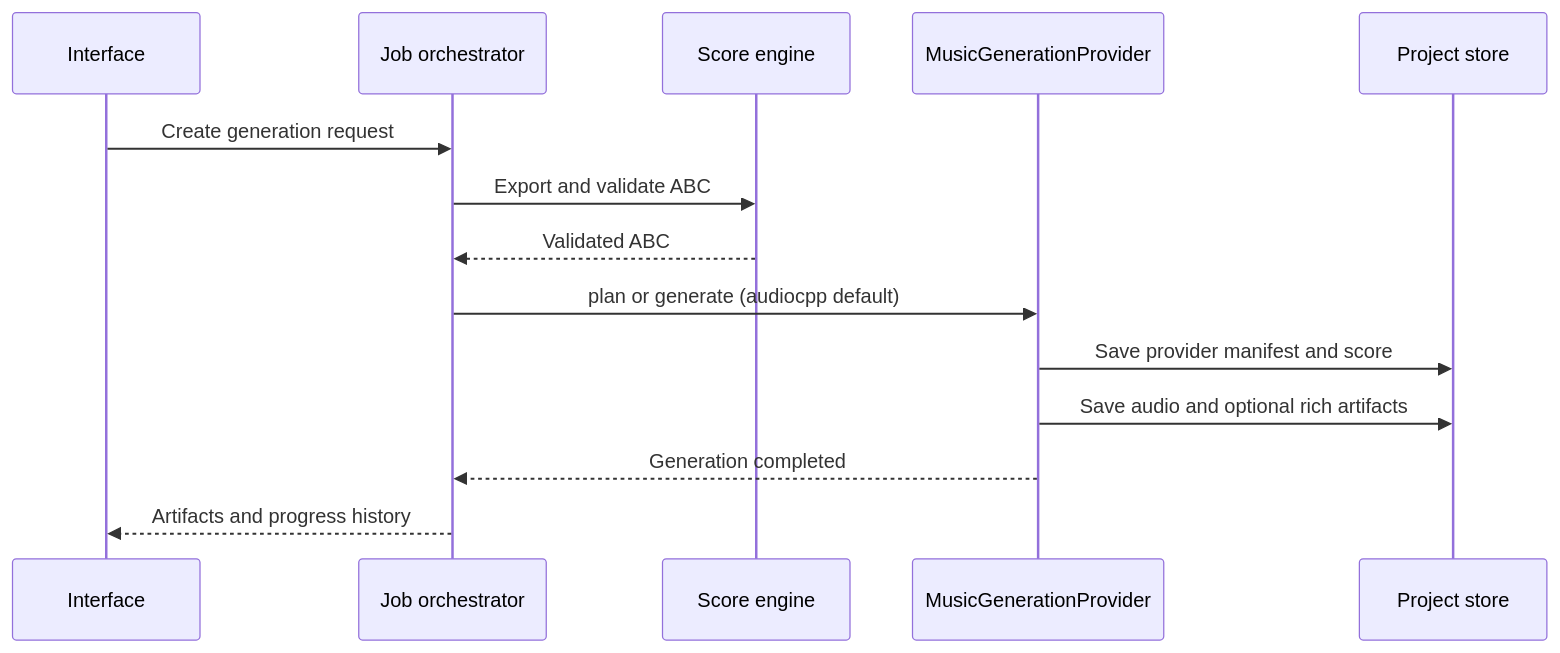
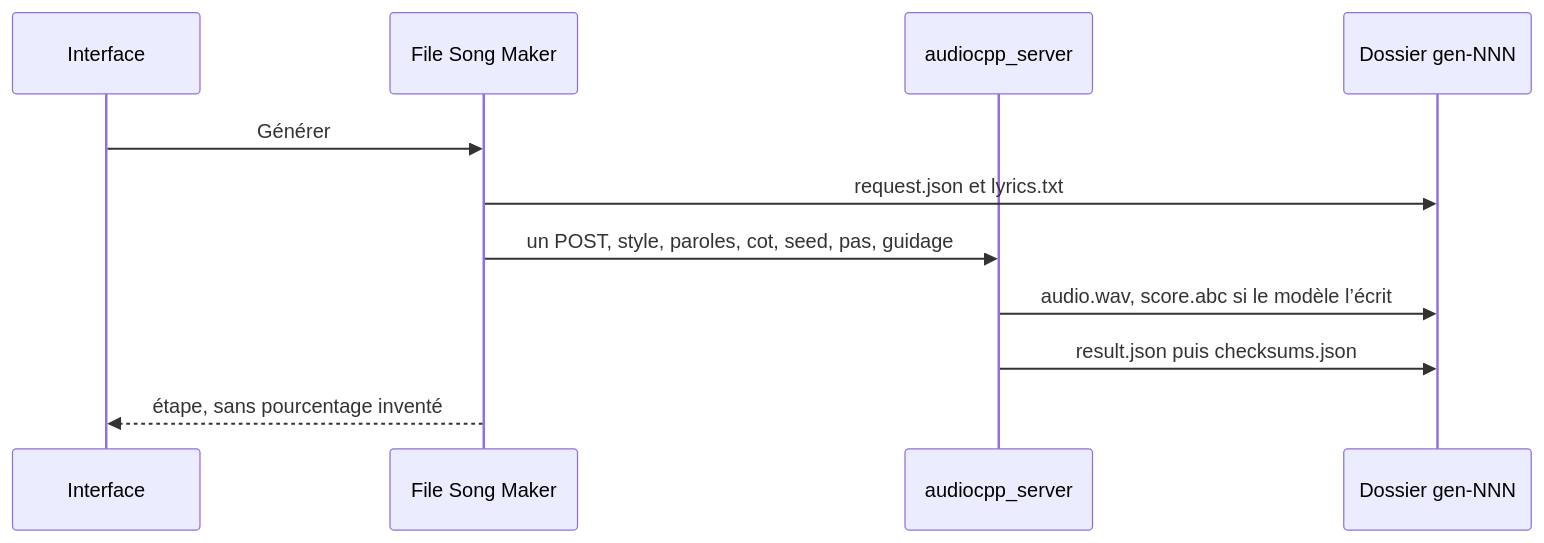
Before and after one commit to azerothl/song-maker: the third of 4 diagrams in specs/SONG_MAKER_SPEC.md, drawn with Mermaid. The commit also changed other lines of this file, not shown here.

````diff
--- a/specs/SONG_MAKER_SPEC.md
+++ b/specs/SONG_MAKER_SPEC.md
@@ -475,17 +503,14 @@
 ```mermaid
 sequenceDiagram
     participant UI as Interface
-    participant Job as Job orchestrator
-    participant Score as Score engine
-    participant Music as MusicGenerationProvider
-    participant Store as Project store
+    participant Job as File Song Maker
+    participant Music as audiocpp_server
+    participant Store as Dossier gen-NNN
 
-    UI->>Job: Create generation request
-    Job->>Score: Export and validate ABC
-    Score-->>Job: Validated ABC
-    Job->>Music: plan or generate (audiocpp default)
-    Music->>Store: Save provider manifest and score
-    Music->>Store: Save audio and optional rich artifacts
-    Music-->>Job: Generation completed
-    Job-->>UI: Artifacts and progress history
+    UI->>Job: Générer
+    Job->>Store: request.json et lyrics.txt
+    Job->>Music: un POST, style, paroles, cot, seed, pas, guidage
+    Music->>Store: audio.wav, score.abc si le modèle l’écrit
+    Music->>Store: result.json puis checksums.json
+    Job-->>UI: étape, sans pourcentage inventé
 ```
````
